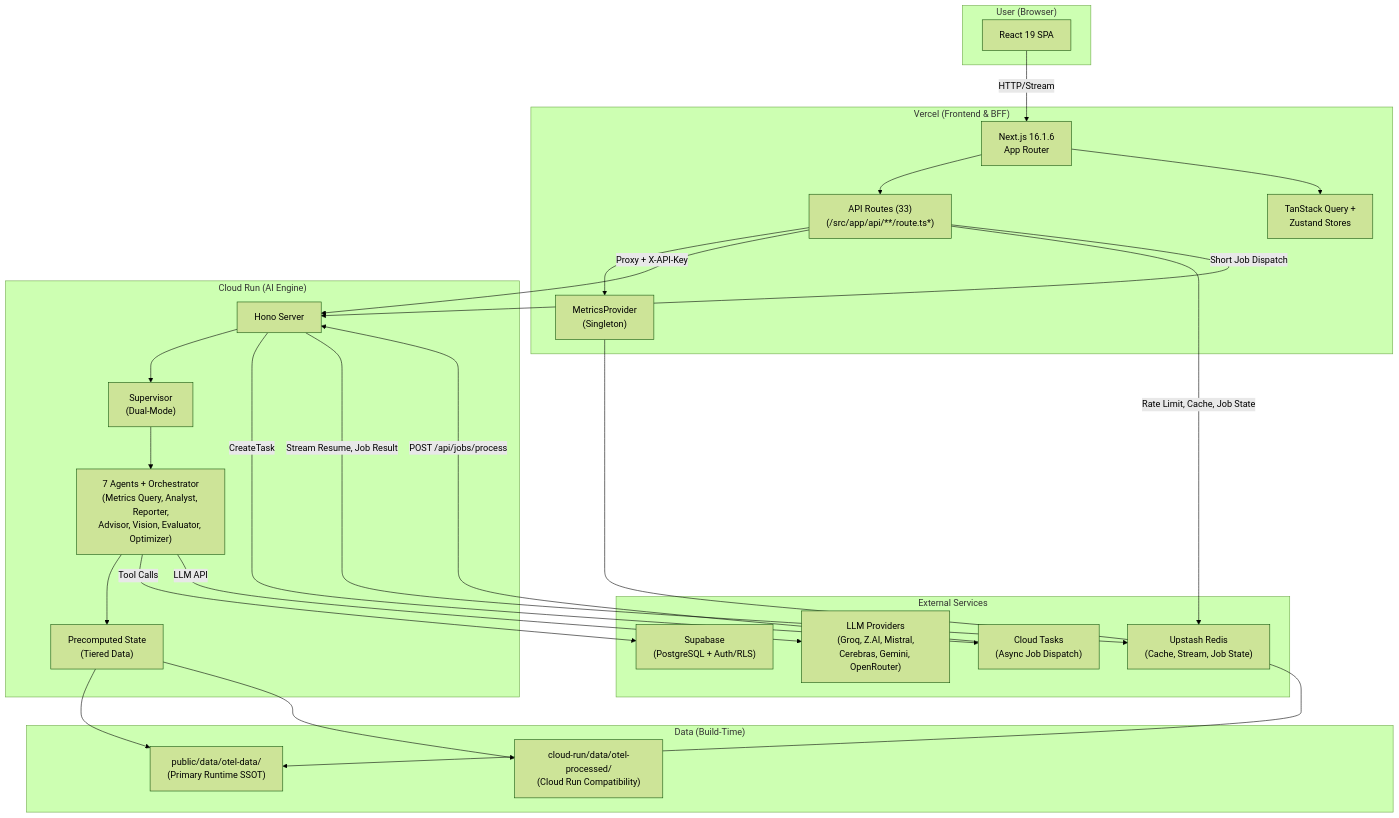
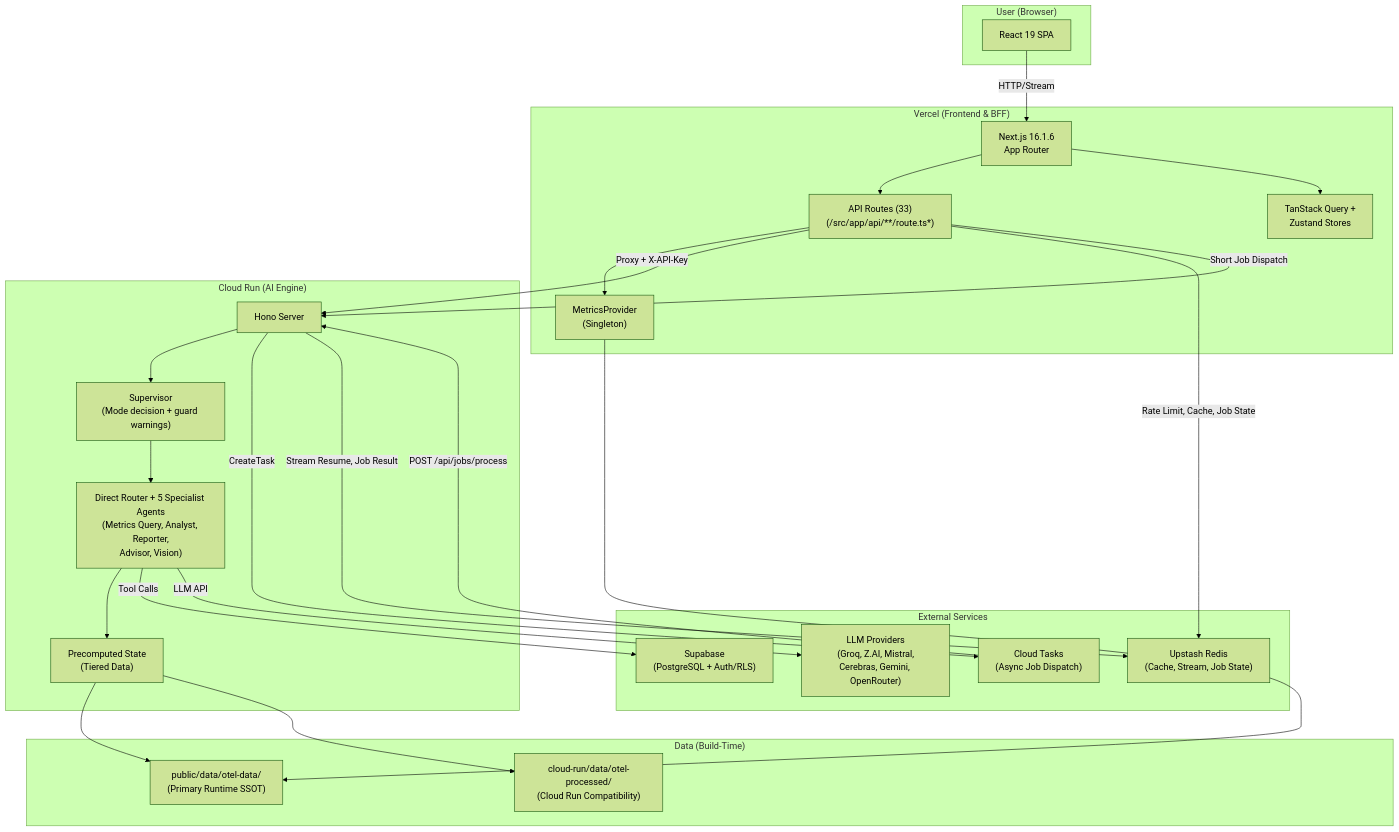
Before and after one commit to skyasu2/openmanager-ai: the diagram in docs/reference/architecture/system/system-architecture-current.md, drawn with Mermaid (forest theme). The commit also changed other lines of this file and 8 other files, not shown here.

Commit message:
docs(ai): close routing ux architecture plan

````diff
--- a/docs/reference/architecture/system/system-architecture-current.md
+++ b/docs/reference/architecture/system/system-architecture-current.md
@@ -33,51 +33,51 @@
 ```mermaid
 graph TB
     subgraph User["User (Browser)"]
         UI[React 19 SPA]
     end
 
     subgraph Vercel["Vercel (Frontend & BFF)"]
         NextJS["Next.js 16.1.6<br/>App Router"]
         API["API Routes (33)<br/>(/src/app/api/**/route.ts*)"]
         MP["MetricsProvider<br/>(Singleton)"]
         Providers["TanStack Query +<br/>Zustand Stores"]
     end
 
     subgraph CloudRun["Cloud Run (AI Engine)"]
         Hono["Hono Server"]
-        Supervisor["Supervisor<br/>(Dual-Mode)"]
-        Agents["7 Agents + Orchestrator<br/>(Metrics Query, Analyst, Reporter,<br/>Advisor, Vision, Evaluator, Optimizer)"]
+        Supervisor["Supervisor<br/>(Mode decision + guard warnings)"]
+        Agents["Direct Router + 5 Specialist Agents<br/>(Metrics Query, Analyst, Reporter,<br/>Advisor, Vision)"]
         PreComp["Precomputed State<br/>(Tiered Data)"]
     end
 
     subgraph External["External Services"]
         Supabase["Supabase<br/>(PostgreSQL + Auth/RLS)"]
         Redis["Upstash Redis<br/>(Cache, Stream, Job State)"]
         CloudTasks["Cloud Tasks<br/>(Async Job Dispatch)"]
         LLM["LLM Providers<br/>(Groq, Z.AI, Mistral,<br/>Cerebras, Gemini, OpenRouter)"]
     end
 
     subgraph Data["Data (Build-Time)"]
         OTel["public/data/otel-data/<br/>(Primary Runtime SSOT)"]
         Compat["cloud-run/data/otel-processed/<br/>(Cloud Run Compatibility)"]
     end
 
     UI -->|HTTP/Stream| NextJS
     NextJS --> API
     API --> MP
     MP --> OTel
     API -->|Proxy + X-API-Key| Hono
     Hono --> Supervisor
     Supervisor --> Agents
     Agents --> PreComp
     PreComp --> OTel
     PreComp --> Compat
     Agents -->|Tool Calls| Supabase
     Agents -->|LLM API| LLM
     API -->|Rate Limit, Cache, Job State| Redis
     API -->|Short Job Dispatch| Hono
     Hono -->|CreateTask| CloudTasks
     CloudTasks -->|POST /api/jobs/process| Hono
     Hono -->|Stream Resume, Job Result| Redis
     NextJS --> Providers
 ```
````
